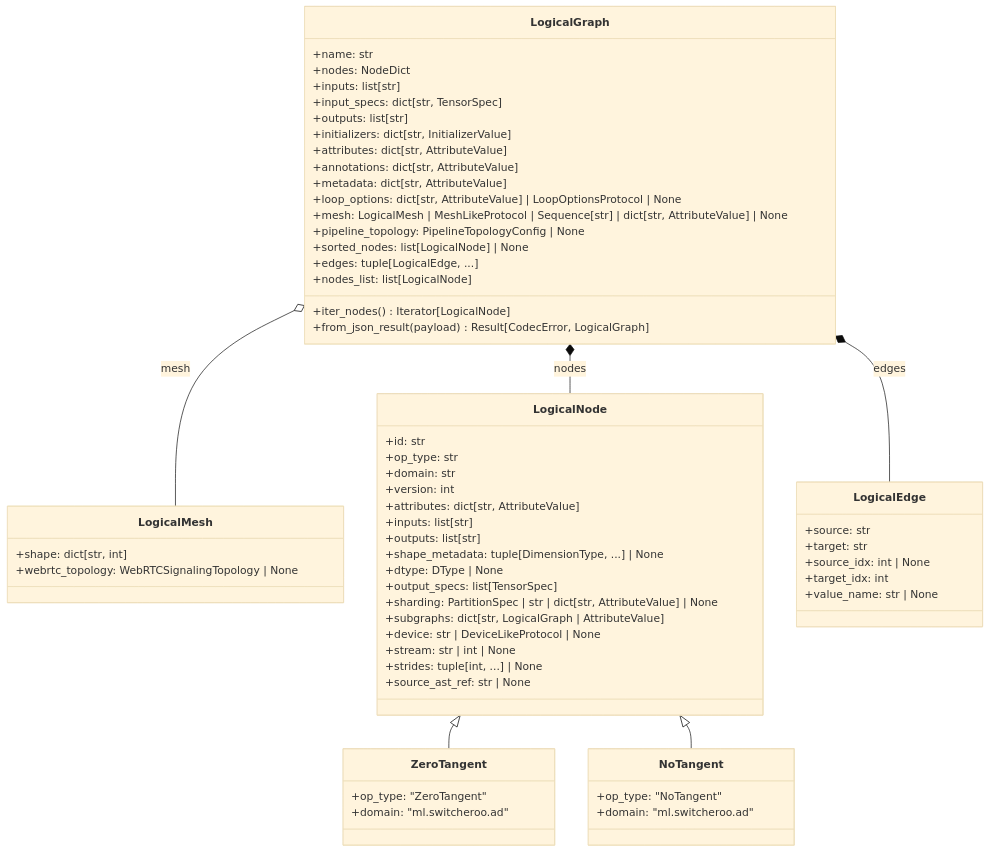
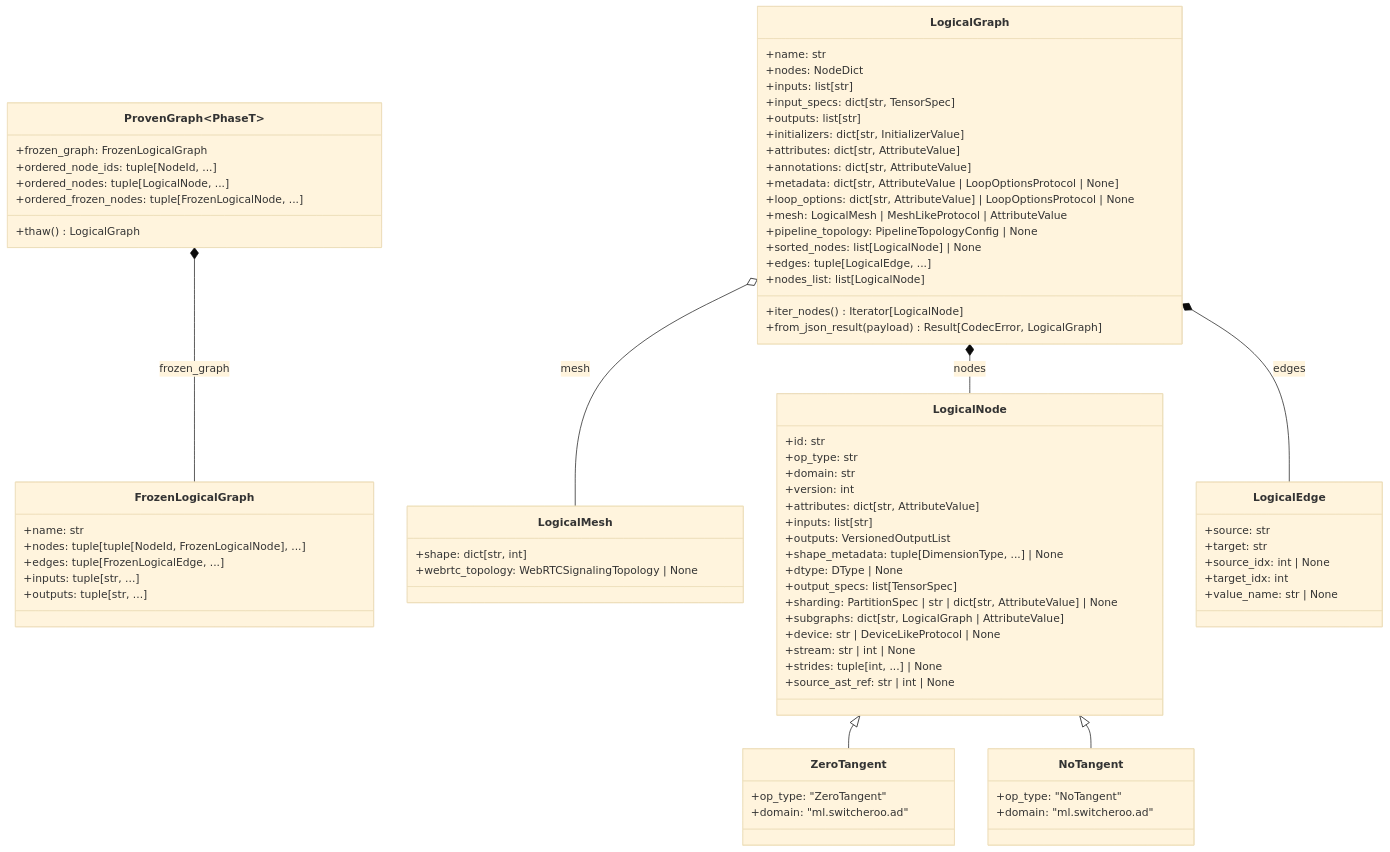
One commit to SamuelMarks/ml-switcheroo-ir changed the third of 4 diagrams in ARCHITECTURE.md. Above: the diagram before and after it, drawn with Mermaid (base theme). The commit also changed other lines of this file and 40 other files, not shown here.

````diff
--- a/ARCHITECTURE.md
+++ b/ARCHITECTURE.md
@@ -175,15 +180,31 @@
         +initializers: dict[str, InitializerValue]
         +attributes: dict[str, AttributeValue]
         +annotations: dict[str, AttributeValue]
-        +metadata: dict[str, AttributeValue]
+        +metadata: dict[str, AttributeValue | LoopOptionsProtocol | None]
         +loop_options: dict[str, AttributeValue] | LoopOptionsProtocol | None
-        +mesh: LogicalMesh | MeshLikeProtocol | Sequence[str] | dict[str, AttributeValue] | None
+        +mesh: LogicalMesh | MeshLikeProtocol | AttributeValue
         +pipeline_topology: PipelineTopologyConfig | None
         +sorted_nodes: list[LogicalNode] | None
         +edges: tuple[LogicalEdge, ...]
         +nodes_list: list[LogicalNode]
         +iter_nodes() Iterator[LogicalNode]
         +from_json_result(payload) Result[CodecError, LogicalGraph]
+    }
+
+    class FrozenLogicalGraph {
+        +name: str
+        +nodes: tuple[tuple[NodeId, FrozenLogicalNode], ...]
+        +edges: tuple[FrozenLogicalEdge, ...]
+        +inputs: tuple[str, ...]
+        +outputs: tuple[str, ...]
+    }
+
+    class ProvenGraph~PhaseT~ {
+        +frozen_graph: FrozenLogicalGraph
+        +ordered_node_ids: tuple[NodeId, ...]
+        +ordered_nodes: tuple[LogicalNode, ...]
+        +ordered_frozen_nodes: tuple[FrozenLogicalNode, ...]
+        +thaw() LogicalGraph
     }
 
     class LogicalNode {
@@ -193,7 +214,7 @@
         +version: int
         +attributes: dict[str, AttributeValue]
         +inputs: list[str]
-        +outputs: list[str]
+        +outputs: VersionedOutputList
         +shape_metadata: tuple[DimensionType, ...] | None
         +dtype: DType | None
         +output_specs: list[TensorSpec]
@@ -202,7 +223,7 @@
         +device: str | DeviceLikeProtocol | None
         +stream: str | int | None
         +strides: tuple[int, ...] | None
-        +source_ast_ref: str | None
+        +source_ast_ref: str | int | None
     }
 
     class ZeroTangent {
@@ -226,6 +247,7 @@
     LogicalGraph o-- LogicalMesh : mesh
     LogicalGraph *-- LogicalNode : nodes
     LogicalGraph *-- LogicalEdge : edges
+    ProvenGraph *-- FrozenLogicalGraph : frozen_graph
     LogicalNode <|-- ZeroTangent
     LogicalNode <|-- NoTangent
 ```
````
